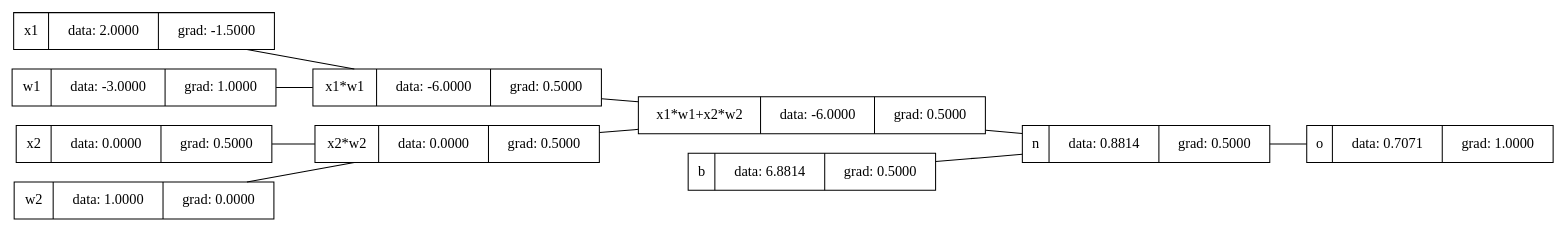
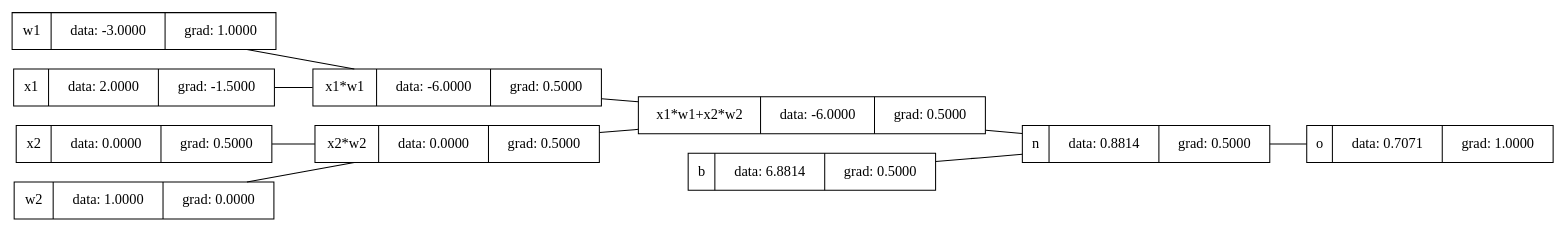
One commit to iiam33/tiny-autograd changed the diagram in graph/graph_o2.gv. Above: the diagram before and after it, drawn with Graphviz. The commit also changed 5 other files, not shown here.

```diff
--- a/graph/graph_o2.gv
+++ b/graph/graph_o2.gv
@@ -1,22 +1,22 @@
 graph {
 	graph [rankdir=LR]
-	139746808715280 [label="{o | data: 0.7071 | grad: 1.0000}" shape=record]
-	139746808714800 [label="{x1*w1+x2*w2 | data: -6.0000 | grad: 0.5000}" shape=record]
-	139746812296256 [label="{x2 | data: 0.0000 | grad: 0.5000}" shape=record]
-	139746808714320 [label="{x1*w1 | data: -6.0000 | grad: 0.5000}" shape=record]
-	139746812296352 [label="{x1 | data: 2.0000 | grad: -1.5000}" shape=record]
-	139746808713984 [label="{b | data: 6.8814 | grad: 0.5000}" shape=record]
-	139746808715040 [label="{n | data: 0.8814 | grad: 0.5000}" shape=record]
-	139746808714032 [label="{w2 | data: 1.0000 | grad: 0.0000}" shape=record]
-	139746808714560 [label="{x2*w2 | data: 0.0000 | grad: 0.5000}" shape=record]
-	139746812292512 [label="{w1 | data: -3.0000 | grad: 1.0000}" shape=record]
-	139746808715040 -- 139746808715280
-	139746808714560 -- 139746808714800
-	139746808714320 -- 139746808714800
-	139746812292512 -- 139746808714320
-	139746808714800 -- 139746808715040
-	139746812296256 -- 139746808714560
-	139746812296352 -- 139746808714320
-	139746808713984 -- 139746808715040
-	139746808714032 -- 139746808714560
+	139984106412576 [label="{o | data: 0.7071 | grad: 1.0000}" shape=record]
+	139984109988896 [label="{w1 | data: -3.0000 | grad: 1.0000}" shape=record]
+	139984106412096 [label="{x1*w1+x2*w2 | data: -6.0000 | grad: 0.5000}" shape=record]
+	139984109993024 [label="{x2 | data: 0.0000 | grad: 0.5000}" shape=record]
+	139984106411616 [label="{x1*w1 | data: -6.0000 | grad: 0.5000}" shape=record]
+	139984109993120 [label="{x1 | data: 2.0000 | grad: -1.5000}" shape=record]
+	139984106411280 [label="{b | data: 6.8814 | grad: 0.5000}" shape=record]
+	139984106412336 [label="{n | data: 0.8814 | grad: 0.5000}" shape=record]
+	139984106411328 [label="{w2 | data: 1.0000 | grad: 0.0000}" shape=record]
+	139984106411856 [label="{x2*w2 | data: 0.0000 | grad: 0.5000}" shape=record]
+	139984106412096 -- 139984106412336
+	139984109988896 -- 139984106411616
+	139984109993120 -- 139984106411616
+	139984106411280 -- 139984106412336
+	139984109993024 -- 139984106411856
+	139984106411328 -- 139984106411856
+	139984106412336 -- 139984106412576
+	139984106411856 -- 139984106412096
+	139984106411616 -- 139984106412096
 }
```
